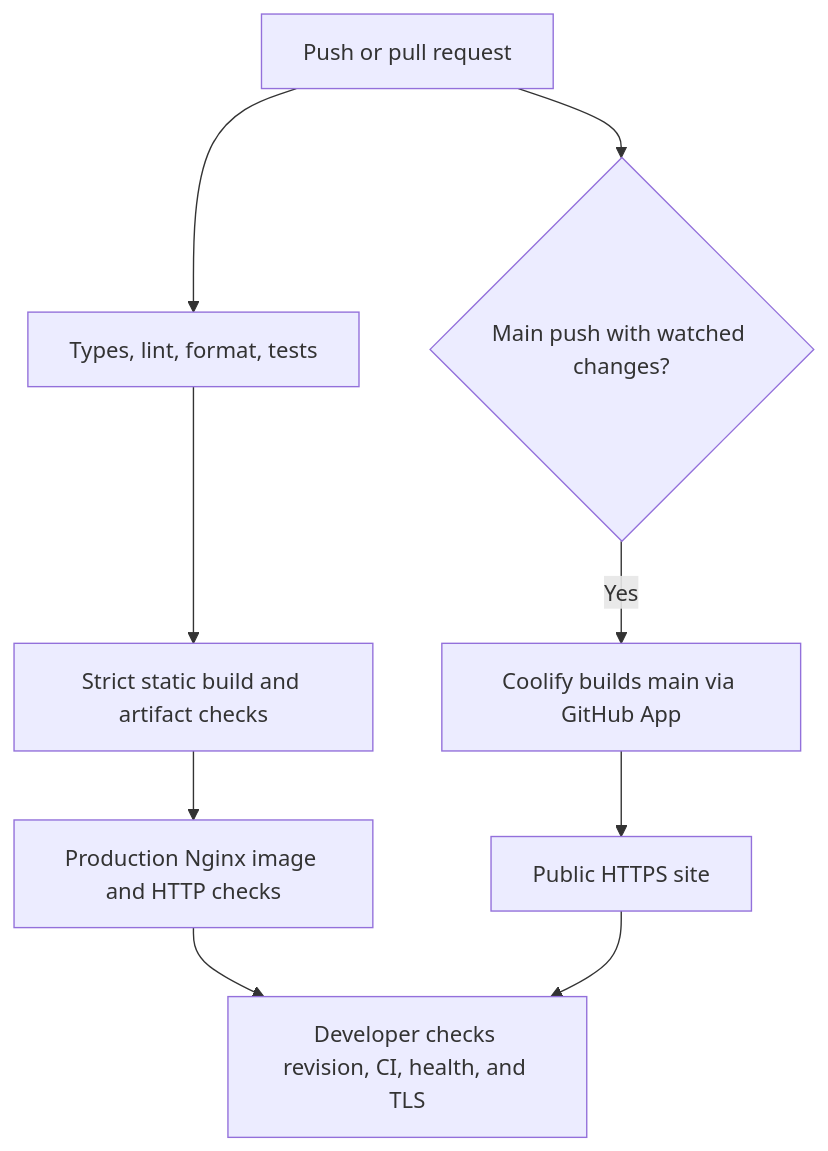
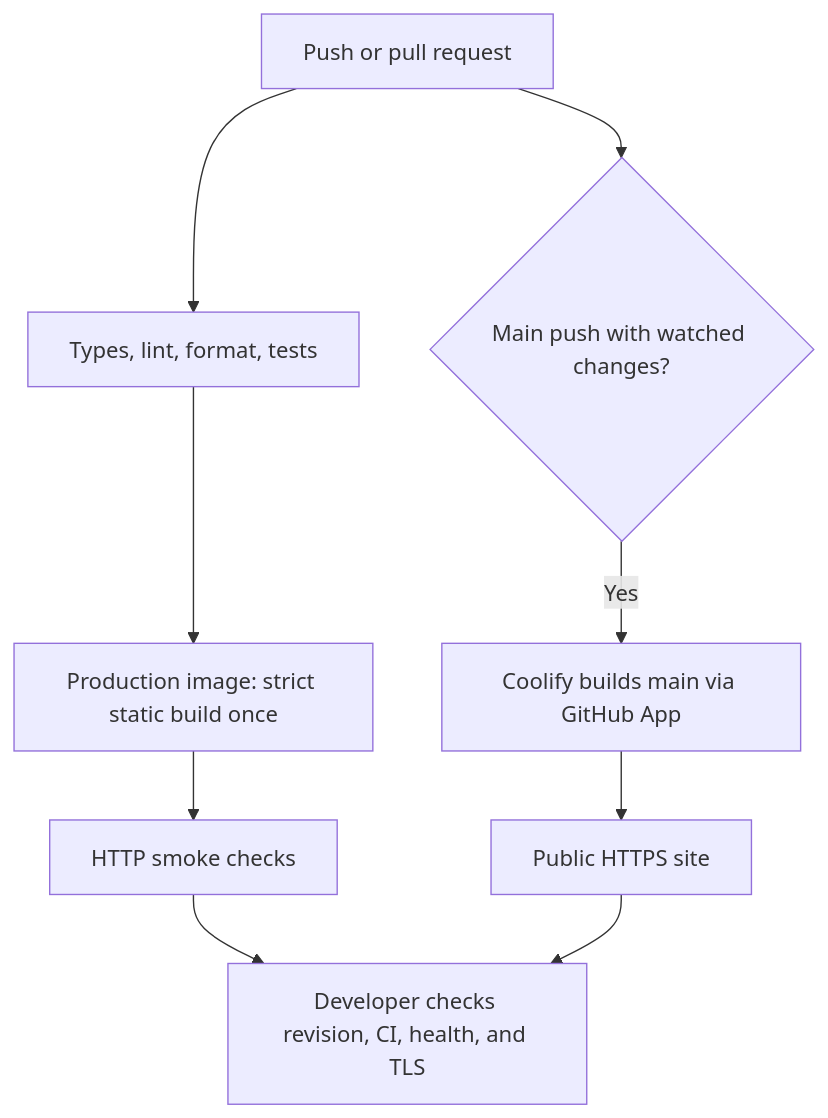
The diagram in docs/adrs/deployment.md (awpala/financial-calculators), drawn with Mermaid before and after one commit. The commit also changed other lines of this file and 6 other files, not shown here.

````diff
--- a/docs/adrs/deployment.md
+++ b/docs/adrs/deployment.md
@@ -34,11 +34,11 @@
 ```mermaid
 flowchart TD
   SOURCE[Push or pull request] --> VERIFY[Types, lint, format, tests]
-  VERIFY --> STATIC[Strict static build and artifact checks]
-  STATIC --> IMAGE[Production Nginx image and HTTP checks]
+  VERIFY --> IMAGE[Production image: strict static build once]
+  IMAGE --> HTTP[HTTP smoke checks]
   SOURCE --> SELECTED{Main push with watched changes?}
   SELECTED -->|Yes| BUILD[Coolify builds main via GitHub App]
   BUILD --> SITE[Public HTTPS site]
-  IMAGE --> REVIEW[Developer checks revision, CI, health, and TLS]
+  HTTP --> REVIEW[Developer checks revision, CI, health, and TLS]
   SITE --> REVIEW
 ```
````
